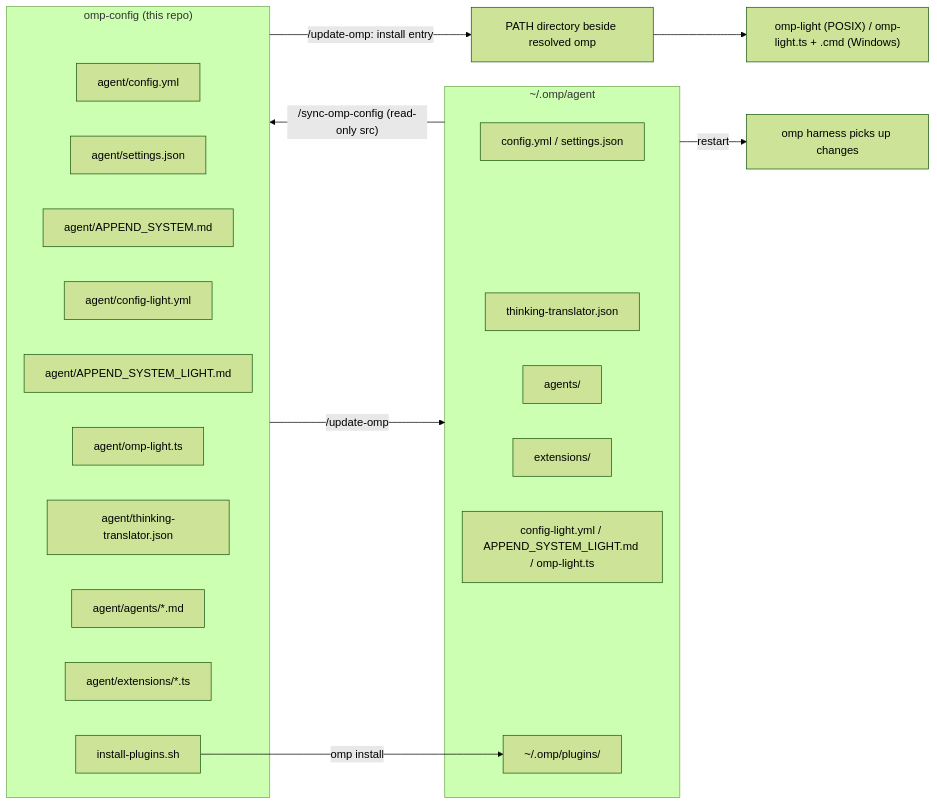
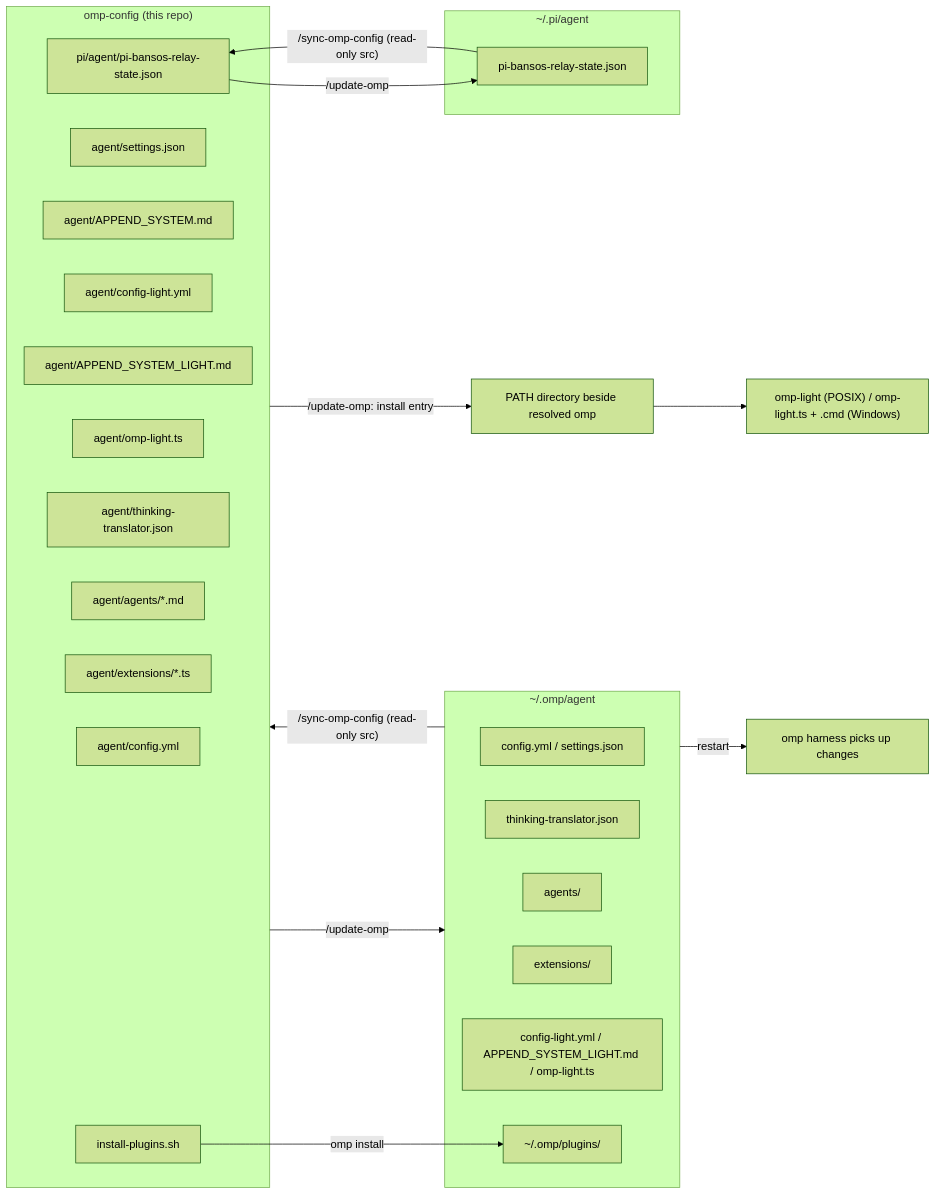
The diagram in AGENTS.md (mouriya-s-lab/omp-config), drawn with Mermaid (forest theme) before and after one commit. The commit also changed other lines of this file and 4 other files, not shown here.

First line of the commit message:
chore: sync pi-bansos relay state with snapshot

````diff
--- a/AGENTS.md
+++ b/AGENTS.md
@@ -21,31 +23,37 @@
 ```mermaid
 flowchart LR
   subgraph repo["omp-config (this repo)"]
     A["agent/config.yml"]
     S["agent/settings.json"]
     P["agent/APPEND_SYSTEM.md"]
     L1["agent/config-light.yml"]
     L2["agent/APPEND_SYSTEM_LIGHT.md"]
     L3["agent/omp-light.ts"]
     T["agent/thinking-translator.json"]
     G["agent/agents/*.md"]
     E["agent/extensions/*.ts"]
     I["install-plugins.sh"]
+    B["pi/agent/pi-bansos-relay-state.json"]
   end
   subgraph machine["~/.omp/agent"]
     LA["config.yml / settings.json"]
     LT["thinking-translator.json"]
     LG["agents/"]
     LE["extensions/"]
     LL["config-light.yml / APPEND_SYSTEM_LIGHT.md / omp-light.ts"]
     PL["~/.omp/plugins/"]
   end
+  subgraph pihome["~/.pi/agent"]
+    LB["pi-bansos-relay-state.json"]
+  end
   O["PATH directory beside resolved omp"]
   M["omp-light (POSIX) / omp-light.ts + .cmd (Windows)"]
   repo -->|"/update-omp"| machine
+  B -->|"/update-omp"| LB
+  LB -->|"/sync-omp-config (read-only src)"| B
   repo -->|"/update-omp: install entry"| O
   O --> M
   machine -->|"/sync-omp-config (read-only src)"| repo
   I -->|"omp install"| PL
   machine -->|restart| H["omp harness picks up changes"]
 ```
````
